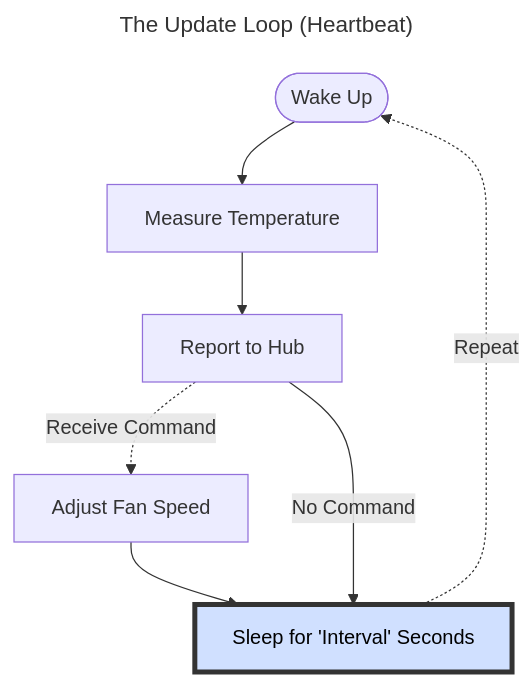
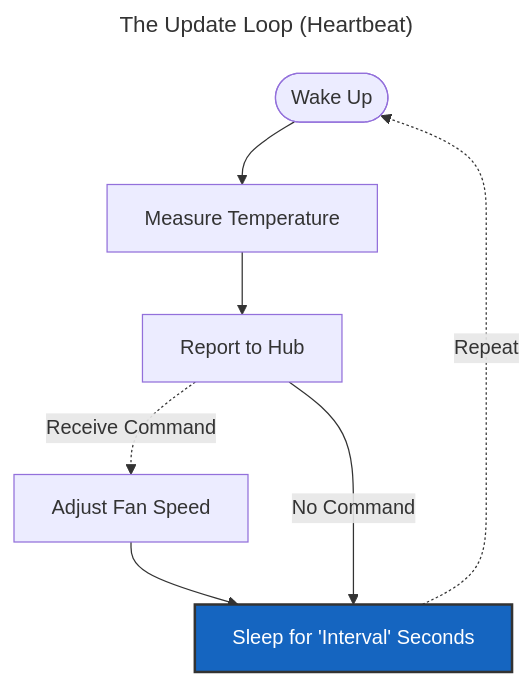
Before and after one commit to Anexgohan/pankha: the fourth of 4 diagrams in documentation/public/wiki/Agents-Advanced-Settings.md, drawn with Mermaid. The commit also changed other lines of this file and 17 other files, not shown here.

````diff
--- a/documentation/public/wiki/Agents-Advanced-Settings.md
+++ b/documentation/public/wiki/Agents-Advanced-Settings.md
@@ -117,17 +107,17 @@
 ```mermaid
 ---
 title: The Update Loop (Heartbeat)
 ---
 graph TD
     Start([Wake Up]) --> Measure[Measure Temperature]
     Measure --> Report[Report to Hub]
     
     Report -.->|Receive Command| Adjust[Adjust Fan Speed]
     Adjust --> Sleep[Sleep for 'Interval' Seconds]
     
     Report -->|No Command| Sleep
     
     Sleep -.->|Repeat| Start
     
-    style Sleep fill:#d0e0ff,stroke:#333,stroke-width:4px,color:#000
+    style Sleep fill:#1565c0,stroke:#333,stroke-width:2px,color:#fff
 ```
````
